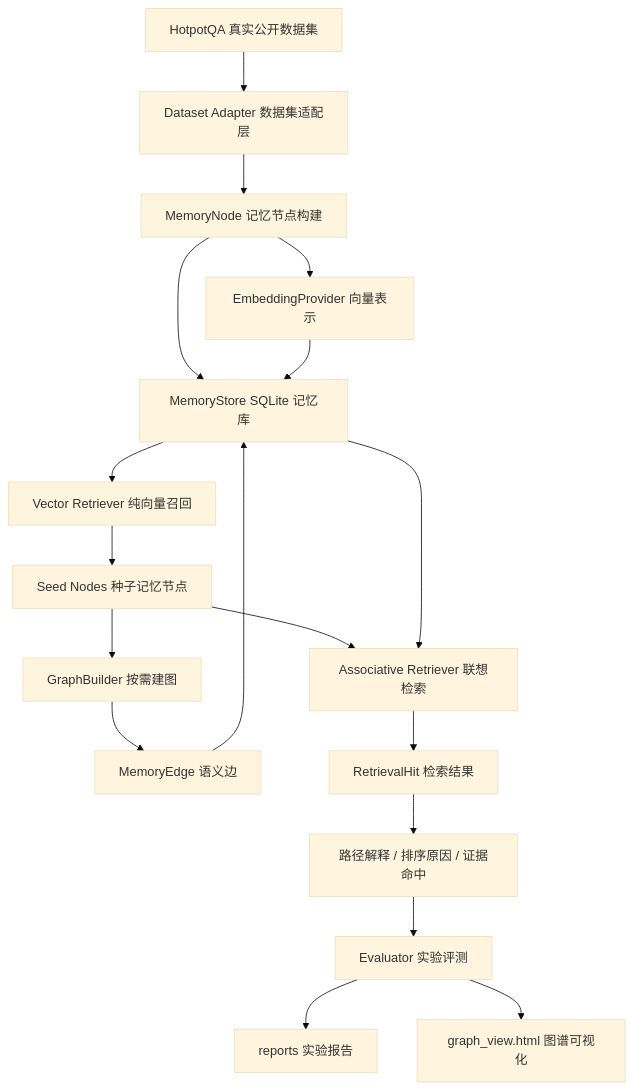
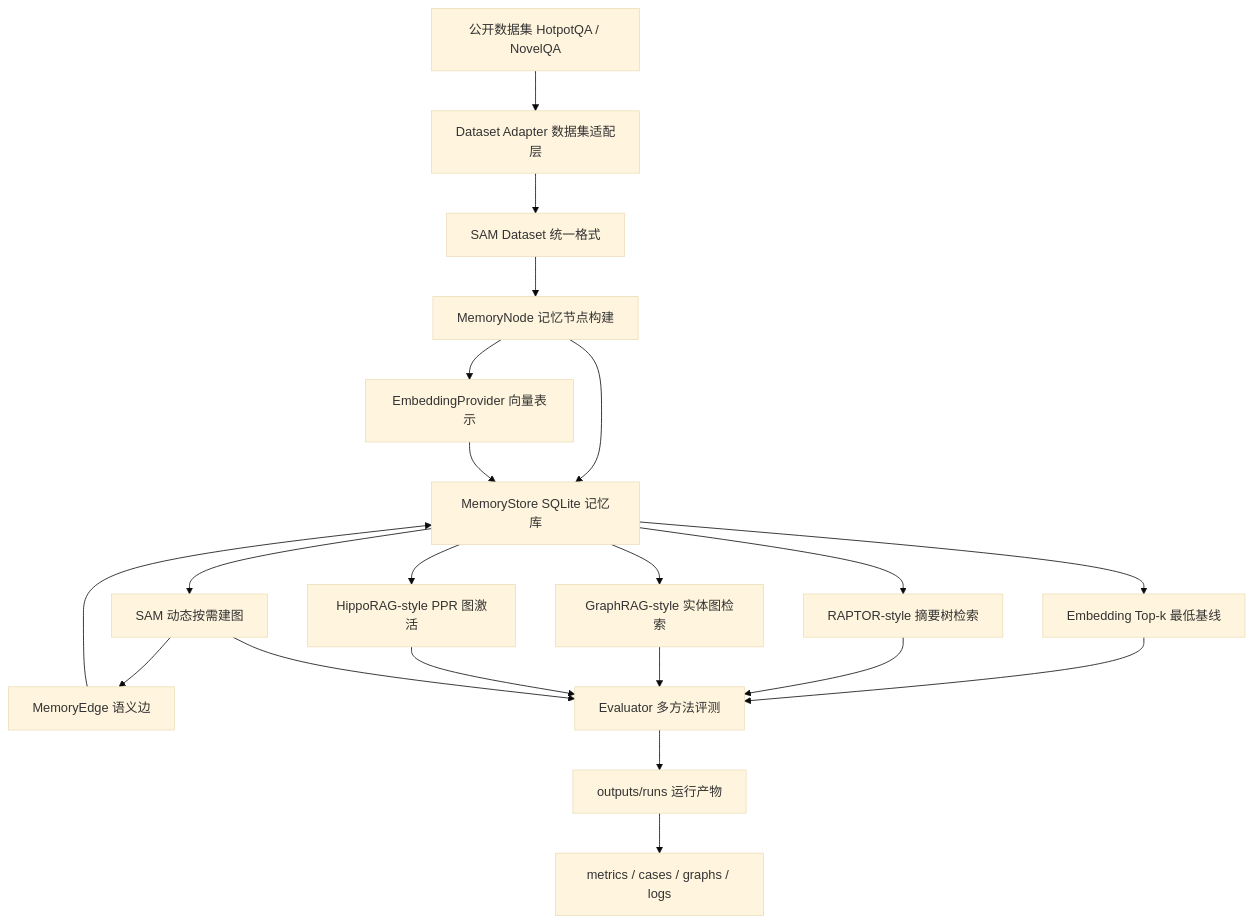
The diagram in README.md (zhenyu228/semantic-associative-memory), drawn with Mermaid (base theme) before and after one commit. The commit also changed other lines of this file and 9 other files, not shown here.

````diff
--- a/README.md
+++ b/README.md
@@ -30,20 +28,23 @@
 ```mermaid
 flowchart TD
-    A["HotpotQA 真实公开数据集"] --> B["Dataset Adapter 数据集适配层"]
-    B --> C["MemoryNode 记忆节点构建"]
-    C --> D["EmbeddingProvider 向量表示"]
-    C --> E["MemoryStore SQLite 记忆库"]
-    D --> E
-    E --> F["Vector Retriever 纯向量召回"]
-    F --> G["Seed Nodes 种子记忆节点"]
-    G --> H["GraphBuilder 按需建图"]
-    H --> I["MemoryEdge 语义边"]
-    I --> E
-    G --> J["Associative Retriever 联想检索"]
-    E --> J
-    J --> K["RetrievalHit 检索结果"]
-    K --> L["路径解释 / 排序原因 / 证据命中"]
-    L --> M["Evaluator 实验评测"]
-    M --> N["reports 实验报告"]
-    M --> O["graph_view.html 图谱可视化"]
+    A["公开数据集 HotpotQA / NovelQA"] --> B["Dataset Adapter 数据集适配层"]
+    B --> C["SAM Dataset 统一格式"]
+    C --> D["MemoryNode 记忆节点构建"]
+    D --> E["EmbeddingProvider 向量表示"]
+    D --> F["MemoryStore SQLite 记忆库"]
+    E --> F
+    F --> G["Embedding Top-k 最低基线"]
+    F --> H["RAPTOR-style 摘要树检索"]
+    F --> I["GraphRAG-style 实体图检索"]
+    F --> J["HippoRAG-style PPR 图激活"]
+    F --> K["SAM 动态按需建图"]
+    K --> L["MemoryEdge 语义边"]
+    L --> F
+    G --> M["Evaluator 多方法评测"]
+    H --> M
+    I --> M
+    J --> M
+    K --> M
+    M --> N["outputs/runs 运行产物"]
+    N --> O["metrics / cases / graphs / logs"]
 ```
````
